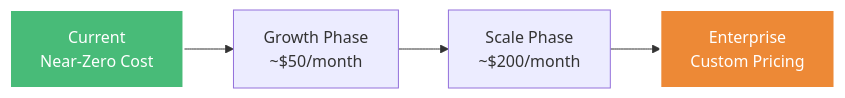
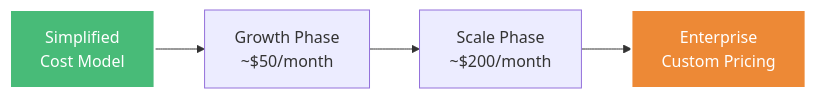
The sixth of 6 diagrams in docs/kulturHub/optimization.md (mvulcu/devops-portfolio-docs), drawn with Mermaid before and after one commit. The commit also changed other lines of this file and 8 other files, not shown here.

Commit message:
Develop KulturHub case study with source-aligned architecture and operations

````diff
--- a/docs/kulturHub/optimization.md
+++ b/docs/kulturHub/optimization.md
@@ -380,9 +383,9 @@
 ```mermaid
 graph LR
-    A[Current<br/>Near-Zero Cost] --> B[Growth Phase<br/>~$50/month]
+    A[Simplified<br/>Cost Model] --> B[Growth Phase<br/>~$50/month]
     B --> C[Scale Phase<br/>~$200/month]
     C --> D[Enterprise<br/>Custom Pricing]
     
     style A fill:#48bb78,stroke:#fff,stroke-width:2px,color:#fff
     style D fill:#ed8936,stroke:#fff,stroke-width:2px,color:#fff
 ```
````
